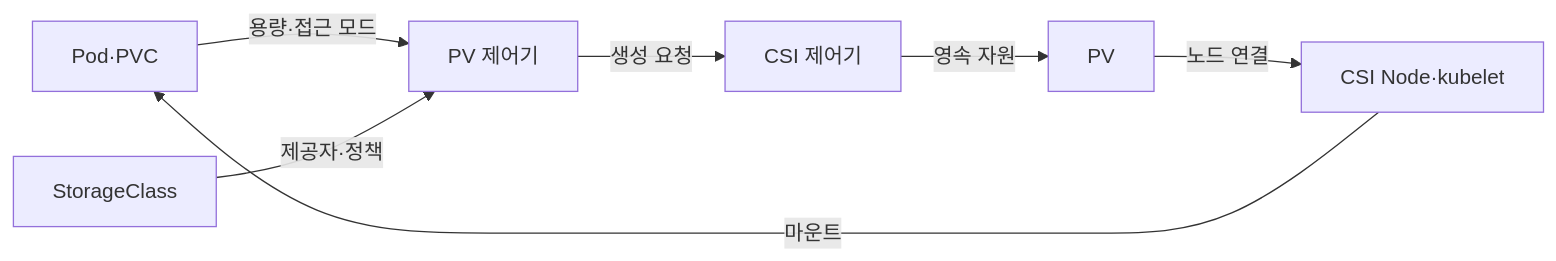
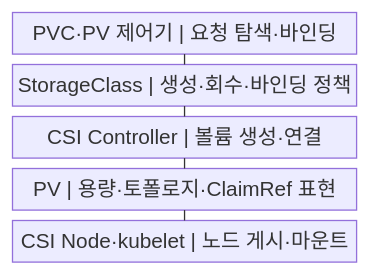
Before and after one commit to agnusdei1207/knowledge-base: the first of 2 diagrams in src/content/docs/notes/03-software/157_kubernetes_storage.md, drawn with Mermaid. The commit also changed other lines of this file and 20 other files, not shown here.

````diff
--- a/src/content/docs/notes/03-software/157_kubernetes_storage.md
+++ b/src/content/docs/notes/03-software/157_kubernetes_storage.md
@@ -60,9 +55,13 @@
 ```mermaid
-flowchart LR
-    P[Pod·PVC] -->|용량·접근 모드| C[PV 제어기]
-    S[StorageClass] -->|제공자·정책| C
-    C -->|생성 요청| D[CSI 제어기]
-    D -->|영속 자원| V[PV]
-    V -->|노드 연결| K[CSI Node·kubelet]
-    K -->|마운트| P
+block
+    columns 1
+    A["PVC·PV 제어기 | 요청 탐색·바인딩"]
+    B["StorageClass | 생성·회수·바인딩 정책"]
+    C["CSI Controller | 볼륨 생성·연결"]
+    D["PV | 용량·토폴로지·ClaimRef 표현"]
+    E["CSI Node·kubelet | 노드 게시·마운트"]
+    A --- B
+    B --- C
+    C --- D
+    D --- E
 ```
````
